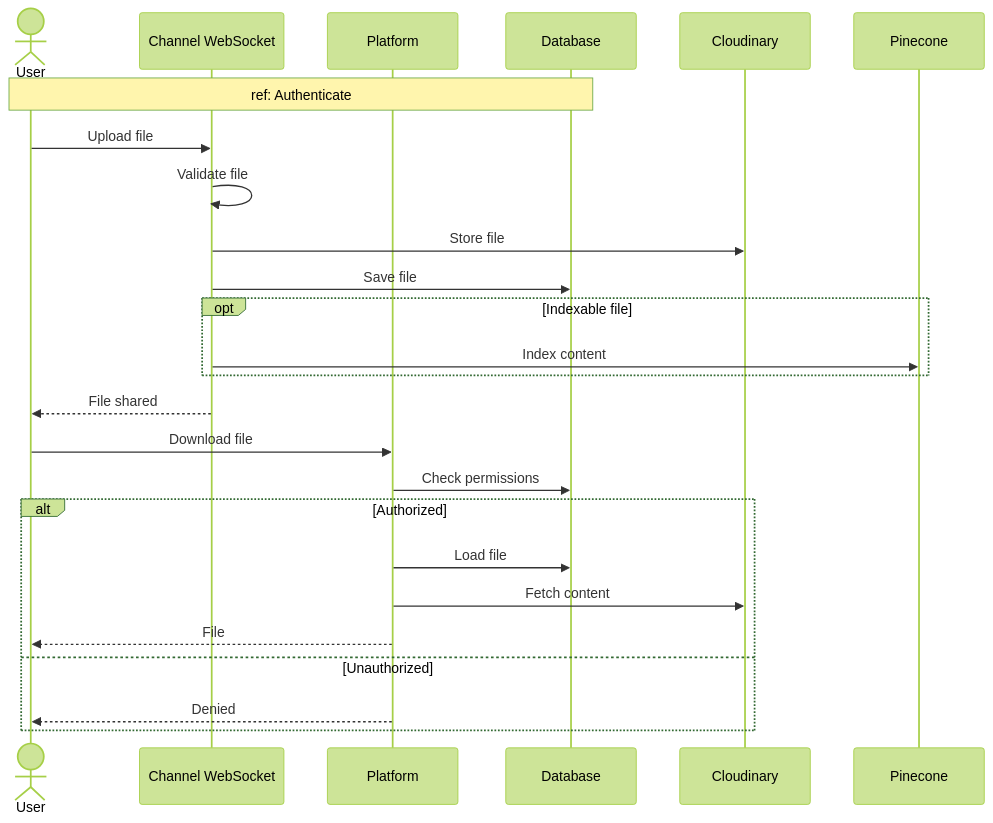
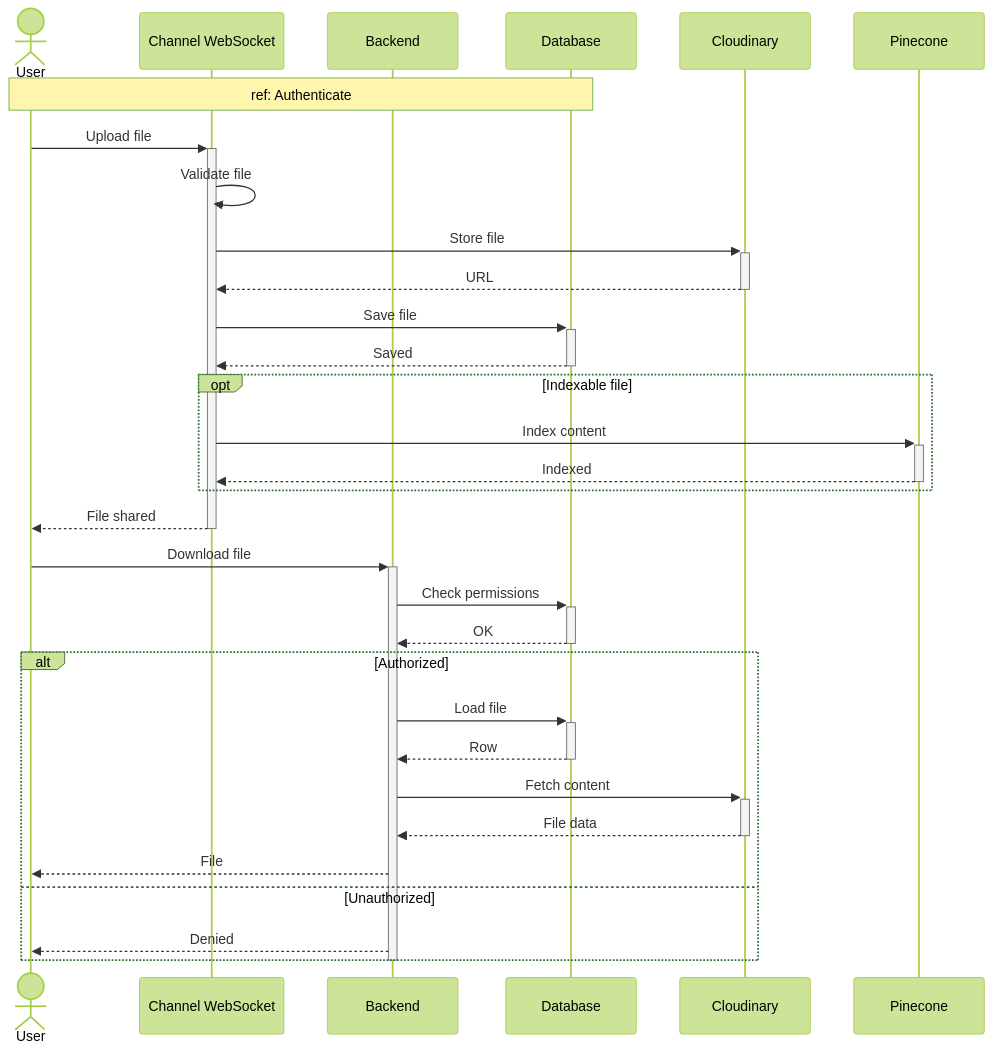
Before and after one commit to MohamedChebbi123/teamnest: the tenth of 16 diagrams in docs/SEQUENCE_DIAGRAMS.md, drawn with Mermaid (forest theme). The commit also changed other lines of this file, not shown here.

````diff
--- a/docs/SEQUENCE_DIAGRAMS.md
+++ b/docs/SEQUENCE_DIAGRAMS.md
@@ -307,30 +351,37 @@
 ```mermaid
 sequenceDiagram
     actor User
     participant WS as Channel WebSocket
-    participant API as Platform
+    participant API as Backend
     participant DB as Database
     participant Cloud as Cloudinary
     participant Vec as Pinecone
 
     Note over User,DB: ref: Authenticate
 
-    User->>WS: Upload file
+    User->>+WS: Upload file
     WS->>WS: Validate file
-    WS->>Cloud: Store file
-    WS->>DB: Save file
+    WS->>+Cloud: Store file
+    Cloud-->>-WS: URL
+    WS->>+DB: Save file
+    DB-->>-WS: Saved
     opt Indexable file
-        WS->>Vec: Index content
+        WS->>+Vec: Index content
+        Vec-->>-WS: Indexed
     end
-    WS-->>User: File shared
+    WS-->>-User: File shared
 
-    User->>API: Download file
-    API->>DB: Check permissions
+    User->>+API: Download file
+    API->>+DB: Check permissions
+    DB-->>-API: OK
     alt Authorized
-        API->>DB: Load file
-        API->>Cloud: Fetch content
+        API->>+DB: Load file
+        DB-->>-API: Row
+        API->>+Cloud: Fetch content
+        Cloud-->>-API: File data
         API-->>User: File
     else Unauthorized
         API-->>User: Denied
     end
+    deactivate API
 ```
````
